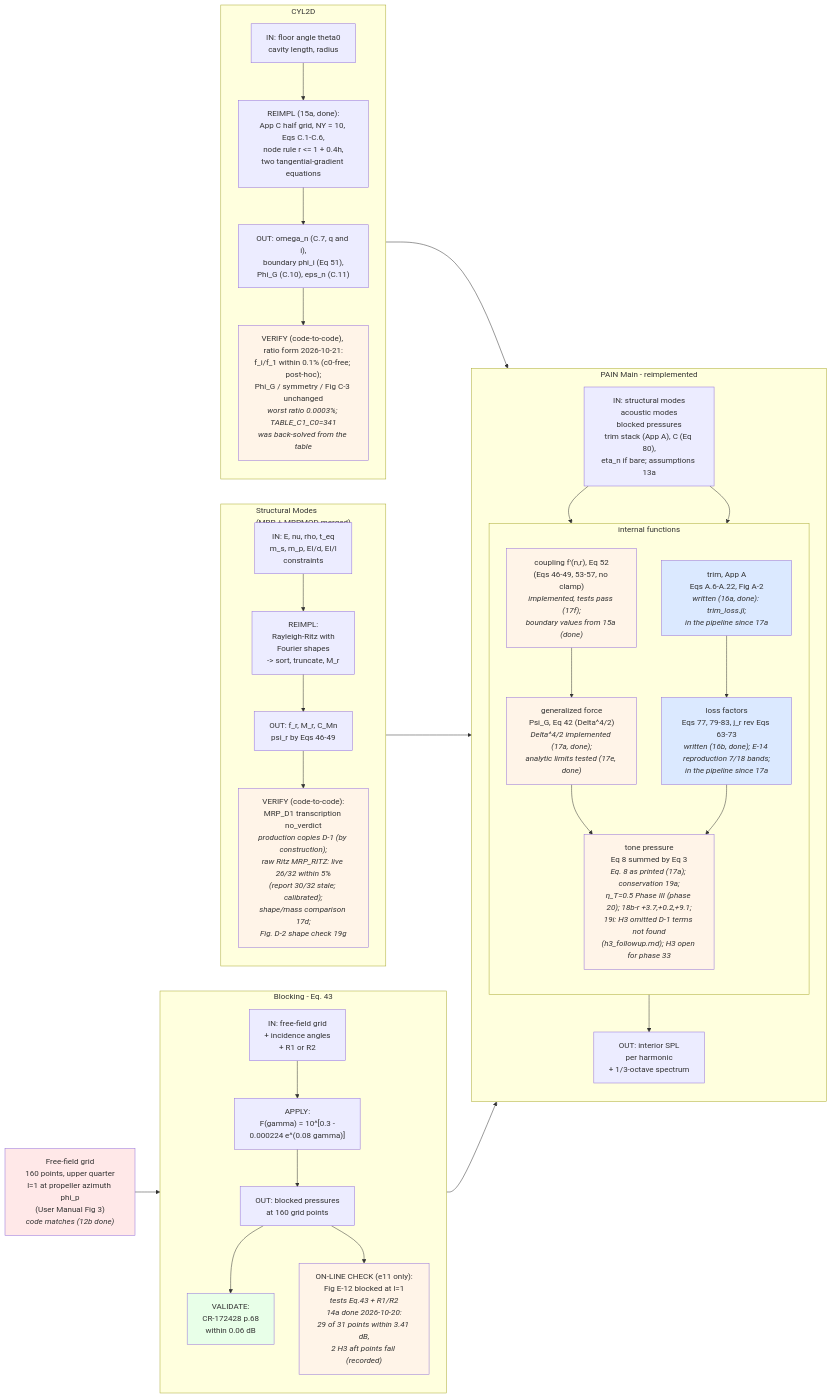
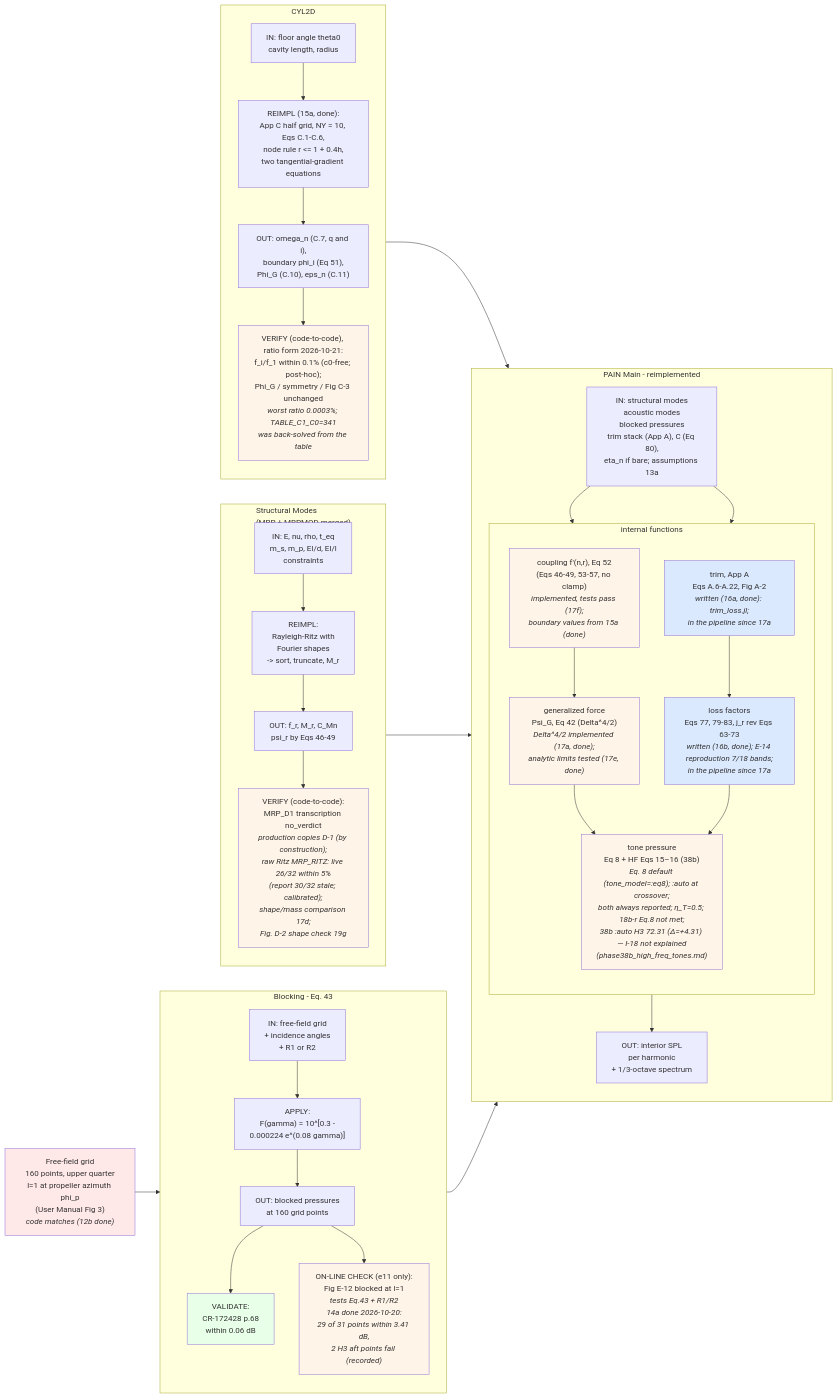
The fourth of 6 diagrams in rea-work/docs/flowchart.md (hoangf1/PAIN), drawn with Mermaid before and after one commit. The commit also changed other lines of this file and 10 other files, not shown here.

Commit message:
38b: high-frequency tone formulation Eqs. (11)-(16), crossover override, tone_model selector (I-18 rule not met)

````diff
--- a/rea-work/docs/flowchart.md
+++ b/rea-work/docs/flowchart.md
@@ -154,66 +154,66 @@
 ```mermaid
 flowchart LR
     GRID["Free-field grid<br/>160 points, upper quarter<br/>l=1 at propeller azimuth phi_p<br/>(User Manual Fig 3)<br/><i>code matches (12b done)</i>"]
 
     subgraph BLK["Blocking - Eq. 43"]
         direction TB
         B_IN["IN: free-field grid<br/>+ incidence angles<br/>+ R1 or R2"]
         B_FUNC["APPLY:<br/>F(gamma) = 10^[0.3 -<br/>0.000224 e^(0.08 gamma)]"]
         B_OUT["OUT: blocked pressures<br/>at 160 grid points"]
         B_VAL["VALIDATE:<br/>CR-172428 p.68<br/>within 0.06 dB"]
         B_VAL2["ON-LINE CHECK (e11 only):<br/>Fig E-12 blocked at l=1<br/><i>tests Eq.43 + R1/R2<br/>14a done 2026-10-20:<br/>29 of 31 points within 3.41 dB,<br/>2 H3 aft points fail (recorded)</i>"]
         B_IN --> B_FUNC --> B_OUT --> B_VAL
         B_OUT --> B_VAL2
     end
 
     subgraph MRP["Structural Modes<br/>(MRP + MRPMOD merged)"]
         direction TB
         M_IN["IN: E, nu, rho, t_eq<br/>m_s, m_p, EI/d, EI/l<br/>constraints"]
         M_FUNC["REIMPL:<br/>Rayleigh-Ritz with<br/>Fourier shapes<br/>-> sort, truncate, M_r"]
         M_OUT["OUT: f_r, M_r, C_Mn<br/>psi_r by Eqs 46-49"]
         M_VAL["VERIFY (code-to-code):<br/>MRP_D1 transcription no_verdict<br/><i>production copies D-1 (by construction);<br/>raw Ritz MRP_RITZ: live 26/32 within 5%<br/>(report 30/32 stale; calibrated);<br/>shape/mass comparison 17d;<br/>Fig. D-2 shape check 19g</i>"]
         M_IN --> M_FUNC --> M_OUT --> M_VAL
     end
 
     subgraph CYL["CYL2D"]
         direction TB
         C_IN["IN: floor angle theta0<br/>cavity length, radius"]
         C_FUNC["REIMPL (15a, done):<br/>App C half grid, NY = 10, Eqs C.1-C.6,<br/>node rule r &lt;= 1 + 0.4h,<br/>two tangential-gradient equations"]
         C_OUT["OUT: omega_n (C.7, q and i),<br/>boundary phi_i (Eq 51),<br/>Phi_G (C.10), eps_n (C.11)"]
         C_VAL["VERIFY (code-to-code), ratio form 2026-10-21:<br/>f_i/f_1 within 0.1% (c0-free; post-hoc);<br/>Phi_G / symmetry / Fig C-3 unchanged<br/><i>worst ratio 0.0003%; TABLE_C1_C0=341<br/>was back-solved from the table</i>"]
         C_IN --> C_FUNC --> C_OUT --> C_VAL
     end
 
     subgraph PAIN["PAIN Main - reimplemented"]
         direction TB
         P_IN["IN: structural modes<br/>acoustic modes<br/>blocked pressures<br/>trim stack (App A), C (Eq 80),<br/>eta_n if bare; assumptions 13a"]
         subgraph FUNC["internal functions"]
             direction TB
             F2["coupling f'(n,r), Eq 52<br/>(Eqs 46-49, 53-57, no clamp)<br/><i>implemented, tests pass (17f);<br/>boundary values from 15a (done)</i>"]
             F3["generalized force<br/>Psi_G, Eq 42 (Delta^4/2)<br/><i>Delta^4/2 implemented (17a, done);<br/>analytic limits tested (17e, done)</i>"]
             F4["trim, App A<br/>Eqs A.6-A.22, Fig A-2<br/><i>written (16a, done): trim_loss.jl;<br/>in the pipeline since 17a</i>"]
             F5["loss factors<br/>Eqs 77, 79-83, j_r rev Eqs 63-73<br/><i>written (16b, done); E-14 reproduction 7/18 bands;<br/>in the pipeline since 17a</i>"]
-            F6["tone pressure<br/>Eq 8 summed by Eq 3<br/><i>Eq. 8 as printed (17a); conservation 19a;<br/>η_T=0.5 Phase III (phase 20); 18b-r +3.7,+0.2,+9.1;<br/>19i: H3 omitted D-1 terms not found<br/>(h3_followup.md); H3 open for phase 33</i>"]
+            F6["tone pressure<br/>Eq 8 + HF Eqs 15–16 (38b)<br/><i>Eq. 8 default (tone_model=:eq8); :auto at crossover;<br/>both always reported; η_T=0.5; 18b-r Eq.8 not met;<br/>38b :auto H3 72.31 (Δ=+4.31) — I-18 not explained<br/>(phase38b_high_freq_tones.md)</i>"]
         end
         P_OUT["OUT: interior SPL<br/>per harmonic<br/>+ 1/3-octave spectrum"]
         P_IN --> F2 --> F3 --> F6
         P_IN --> F4 --> F5 --> F6
         F6 --> P_OUT
     end
 
     GRID --> B_IN
     B_VAL --> P_IN
     C_VAL --> P_IN
     M_VAL --> P_IN
 
     style F2 fill:#fff4e8
     style F3 fill:#fff4e8
     style F4 fill:#dbe9ff
     style F5 fill:#dbe9ff
     style F6 fill:#fff4e8
     style B_VAL fill:#e8ffe8
     style B_VAL2 fill:#fff4e8
     style C_VAL fill:#fff4e8
     style M_VAL fill:#fff4e8
     style GRID fill:#ffe8e8
 ```
````
